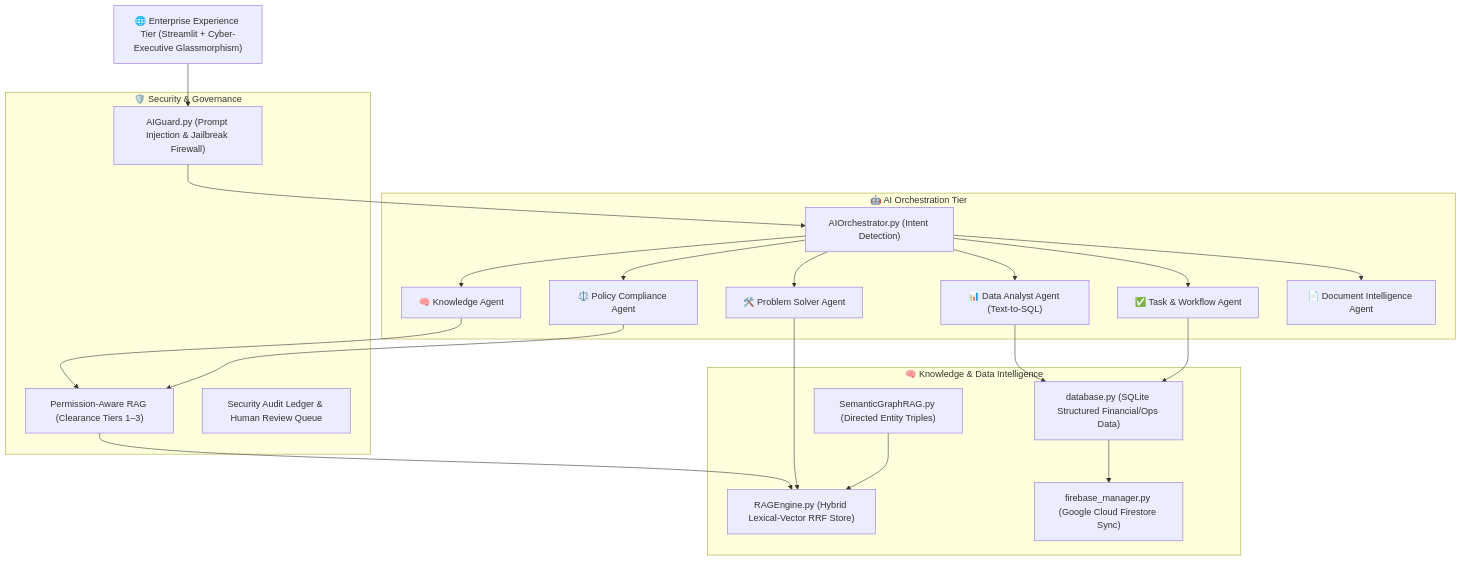
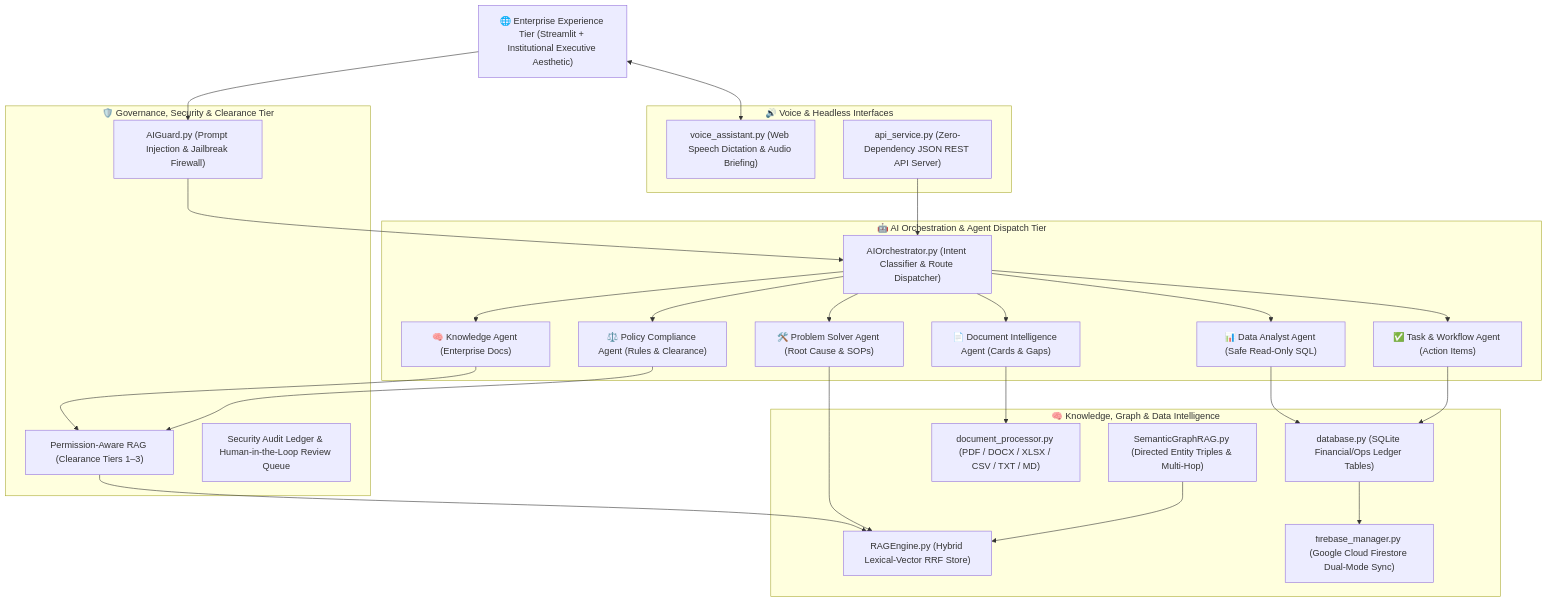
One commit to karthikprathapaneni/Enterprise_Knowledge_Assistant changed the diagram in README.md. Above: the diagram before and after it, drawn with Mermaid. The commit also changed other lines of this file and 4 other files, not shown here.

Commit message:
Implement Phase 8: 6 Enterprise Persona Scenarios, REST API Sandbox, Master Integration Test Runner, and Comprehensive Architecture Documentation

````diff
--- a/README.md
+++ b/README.md
@@ -11,37 +11,46 @@
 ```mermaid
 graph TD
-    UI["🌐 Enterprise Experience Tier (Streamlit + Cyber-Executive Glassmorphism)"]
+    UI["🌐 Enterprise Experience Tier (Streamlit + Institutional Executive Aesthetic)"]
     
-    subgraph "🛡️ Security & Governance"
+    subgraph "🛡️ Governance, Security & Clearance Tier"
         GUARD["AIGuard.py (Prompt Injection & Jailbreak Firewall)"]
         PERM["Permission-Aware RAG (Clearance Tiers 1–3)"]
-        AUDIT["Security Audit Ledger & Human Review Queue"]
+        AUDIT["Security Audit Ledger & Human-in-the-Loop Review Queue"]
     end
 
-    subgraph "🤖 AI Orchestration Tier"
-        ORCH["AIOrchestrator.py (Intent Detection)"]
-        K_AGENT["🧠 Knowledge Agent"]
-        P_AGENT["⚖️ Policy Compliance Agent"]
-        PS_AGENT["🛠️ Problem Solver Agent"]
-        DA_AGENT["📊 Data Analyst Agent (Text-to-SQL)"]
-        T_AGENT["✅ Task & Workflow Agent"]
-        D_AGENT["📄 Document Intelligence Agent"]
+    subgraph "🤖 AI Orchestration & Agent Dispatch Tier"
+        ORCH["AIOrchestrator.py (Intent Classifier & Route Dispatcher)"]
+        K_AGENT["🧠 Knowledge Agent (Enterprise Docs)"]
+        P_AGENT["⚖️ Policy Compliance Agent (Rules & Clearance)"]
+        PS_AGENT["🛠️ Problem Solver Agent (Root Cause & SOPs)"]
+        DA_AGENT["📊 Data Analyst Agent (Safe Read-Only SQL)"]
+        T_AGENT["✅ Task & Workflow Agent (Action Items)"]
+        D_AGENT["📄 Document Intelligence Agent (Cards & Gaps)"]
     end
 
-    subgraph "🧠 Knowledge & Data Intelligence"
+    subgraph "🧠 Knowledge, Graph & Data Intelligence"
         VEC["RAGEngine.py (Hybrid Lexical-Vector RRF Store)"]
-        GRAPH["SemanticGraphRAG.py (Directed Entity Triples)"]
-        SQL_DB["database.py (SQLite Structured Financial/Ops Data)"]
-        CLOUD["firebase_manager.py (Google Cloud Firestore Sync)"]
+        GRAPH["SemanticGraphRAG.py (Directed Entity Triples & Multi-Hop)"]
+        DOC_PROC["document_processor.py (PDF / DOCX / XLSX / CSV / TXT / MD)"]
+        SQL_DB["database.py (SQLite Financial/Ops Ledger Tables)"]
+        CLOUD["firebase_manager.py (Google Cloud Firestore Dual-Mode Sync)"]
+    end
+
+    subgraph "🔊 Voice & Headless Interfaces"
+        VOICE["voice_assistant.py (Web Speech Dictation & Audio Briefing)"]
+        REST_API["api_service.py (Zero-Dependency JSON REST API Server)"]
     end
 
     UI --> GUARD
+    UI <--> VOICE
+    REST_API --> ORCH
     GUARD --> ORCH
     ORCH --> K_AGENT & P_AGENT & PS_AGENT & DA_AGENT & T_AGENT & D_AGENT
     K_AGENT & P_AGENT --> PERM --> VEC
     PS_AGENT --> VEC
     DA_AGENT --> SQL_DB
     T_AGENT --> SQL_DB
+    D_AGENT --> DOC_PROC
     GRAPH --> VEC
     SQL_DB --> CLOUD
 ```
````
